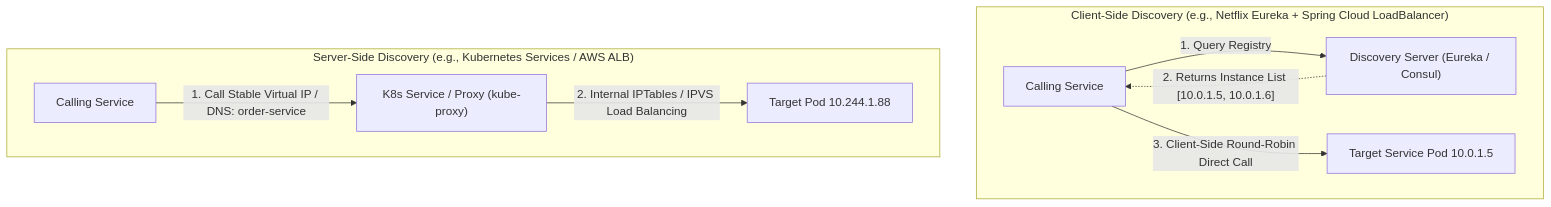
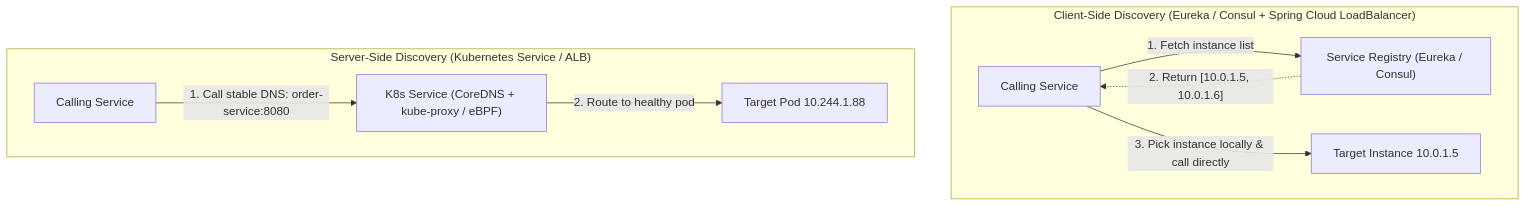
One commit to ravishankar2463/java_hub changed the fourth of 4 diagrams in content/roadmap/level-11/api-gateways-and-service-discovery.md. Above: the diagram before and after it, drawn with Mermaid. The commit also changed other lines of this file and 119 other files, not shown here.

Commit message:
feat: add comprehensive java learning roadmap content across multiple levels

````diff
--- a/content/roadmap/level-11/api-gateways-and-service-discovery.md
+++ b/content/roadmap/level-11/api-gateways-and-service-discovery.md
@@ -223,13 +322,13 @@
 ```mermaid
 flowchart TD
-    subgraph ClientSide ["Client-Side Discovery (e.g., Netflix Eureka + Spring Cloud LoadBalancer)"]
-        Caller1["Calling Service"] -->|"1. Query Registry"| Registry["Discovery Server (Eureka / Consul)"]
-        Registry -.->|"2. Returns Instance List [10.0.1.5, 10.0.1.6]"| Caller1
-        Caller1 -->|"3. Client-Side Round-Robin Direct Call"| TargetInstance["Target Service Pod 10.0.1.5"]
+    subgraph ClientSide ["Client-Side Discovery (Eureka / Consul + Spring Cloud LoadBalancer)"]
+        Caller1["Calling Service"] -->|"1. Fetch instance list"| Registry["Service Registry (Eureka / Consul)"]
+        Registry -.->|"2. Return [10.0.1.5, 10.0.1.6]"| Caller1
+        Caller1 -->|"3. Pick instance locally & call directly"| Target1["Target Instance 10.0.1.5"]
     end
 
-    subgraph ServerSide ["Server-Side Discovery (e.g., Kubernetes Services / AWS ALB)"]
-        Caller2["Calling Service"] -->|"1. Call Stable Virtual IP / DNS: order-service"| K8sService["K8s Service / Proxy (kube-proxy)"]
-        K8sService -->|"2. Internal IPTables / IPVS Load Balancing"| K8sPod["Target Pod 10.244.1.88"]
+    subgraph ServerSide ["Server-Side Discovery (Kubernetes Service / ALB)"]
+        Caller2["Calling Service"] -->|"1. Call stable DNS: order-service:8080"| Proxy["K8s Service (CoreDNS + kube-proxy / eBPF)"]
+        Proxy -->|"2. Route to healthy pod"| Target2["Target Pod 10.244.1.88"]
     end
 ```
````
